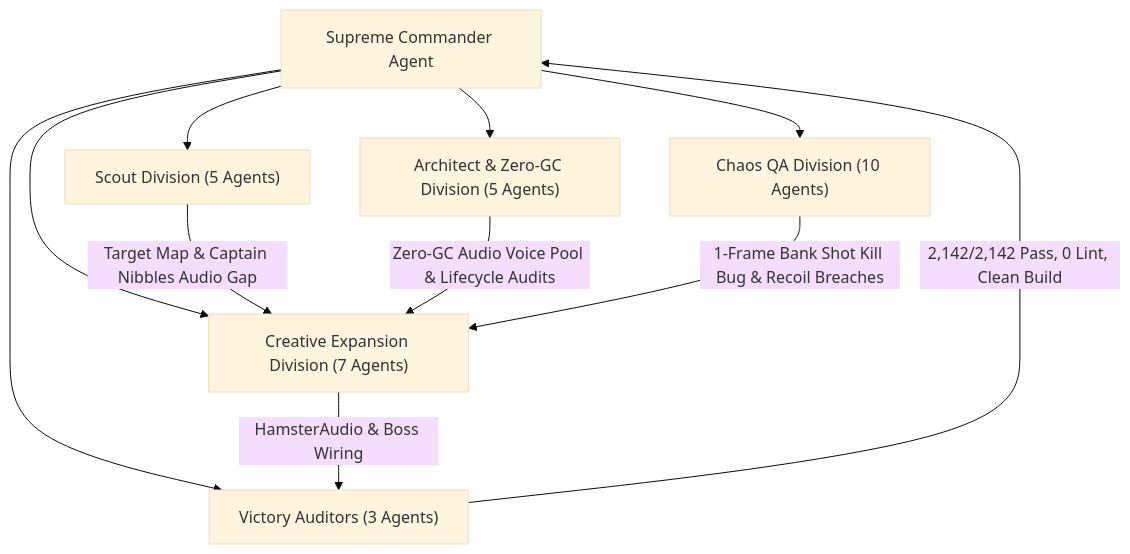
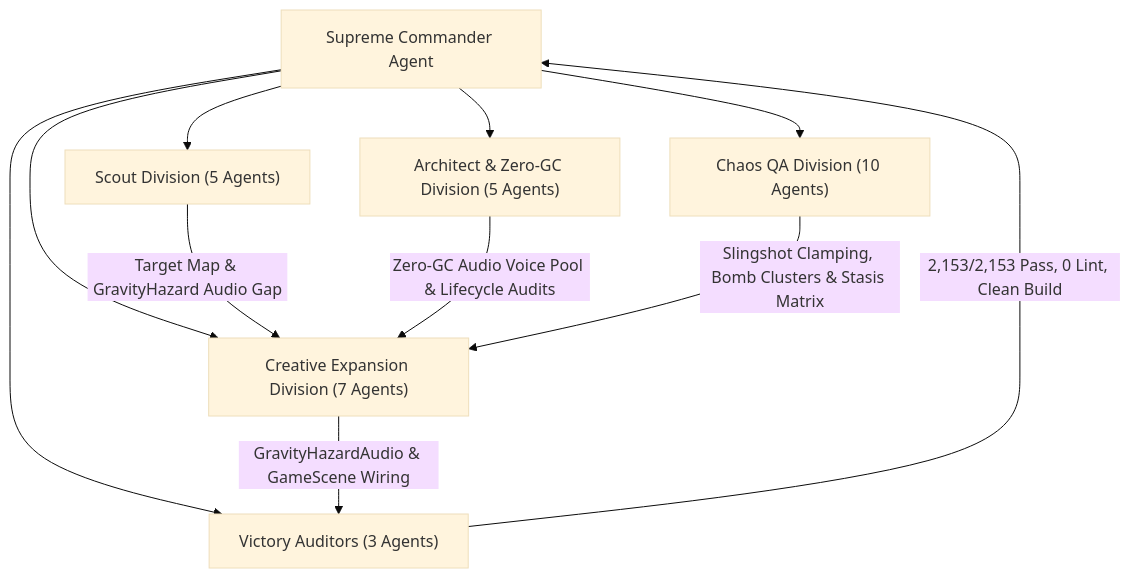
The diagram in DAILY_REPORT.md (LeegwangYeol/bomberman-game), drawn with Mermaid (base theme) before and after one commit. The commit also changed other lines of this file and 12 other files, not shown here.

````diff
--- a/DAILY_REPORT.md
+++ b/DAILY_REPORT.md
@@ -59,14 +55,14 @@
 ```mermaid
 flowchart TD
     SC["Supreme Commander Agent"] --> SD["Scout Division (5 Agents)"]
     SC --> AD["Architect & Zero-GC Division (5 Agents)"]
     SC --> CQD["Chaos QA Division (10 Agents)"]
     SC --> CED["Creative Expansion Division (7 Agents)"]
     SC --> VA["Victory Auditors (3 Agents)"]
 
-    SD -->|"Target Map & Captain Nibbles Audio Gap"| CED
+    SD -->|"Target Map & GravityHazard Audio Gap"| CED
     AD -->|"Zero-GC Audio Voice Pool & Lifecycle Audits"| CED
-    CQD -->|"1-Frame Bank Shot Kill Bug & Recoil Breaches"| CED
-    CED -->|"HamsterAudio & Boss Wiring"| VA
-    VA -->|"2,142/2,142 Pass, 0 Lint, Clean Build"| SC
+    CQD -->|"Slingshot Clamping, Bomb Clusters & Stasis Matrix"| CED
+    CED -->|"GravityHazardAudio & GameScene Wiring"| VA
+    VA -->|"2,153/2,153 Pass, 0 Lint, Clean Build"| SC
 ```
````
